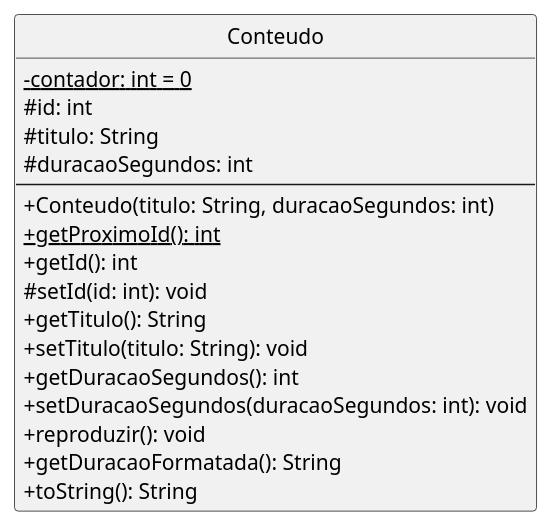
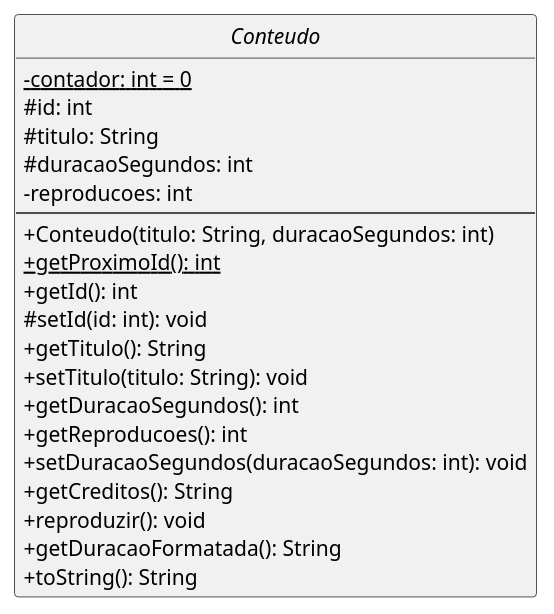
One commit to viictor-h-amaral/FaculBCC changed the diagram in docs/pumls/contracts/Conteudo.puml. Above: the diagram before and after it, drawn with PlantUML. The commit also changed 9 other files, not shown here.

Commit message:
Etapa A.1 - ajuste na UML

```diff
--- a/docs/pumls/contracts/Conteudo.puml
+++ b/docs/pumls/contracts/Conteudo.puml
@@ -6,24 +6,27 @@
 @startuml "Conteudo contract"
 skinparam classAttributeIconSize 0
 hide circle
 
-class Conteudo {
+abstract class Conteudo {
   -{static} contador: int = 0
   #id: int
   #titulo: String
   #duracaoSegundos: int
+  -reproducoes: int
   --
   +Conteudo(titulo: String, duracaoSegundos: int)
   +{static} getProximoId(): int
   +getId(): int
   #setId(id: int): void
   +getTitulo(): String
   +setTitulo(titulo: String): void
   +getDuracaoSegundos(): int
+  +getReproducoes(): int
   +setDuracaoSegundos(duracaoSegundos: int): void
+  +getCreditos(): String
   +reproduzir(): void
   +getDuracaoFormatada(): String
   +toString(): String
 }
 
 @enduml
```
